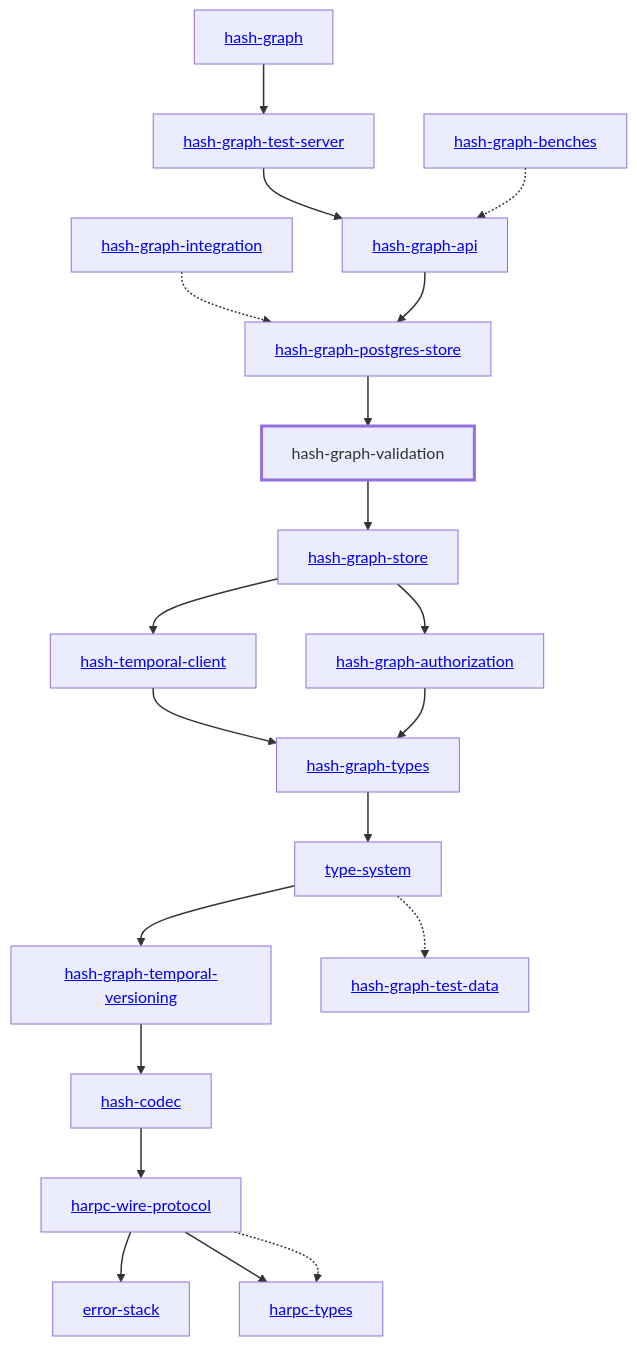
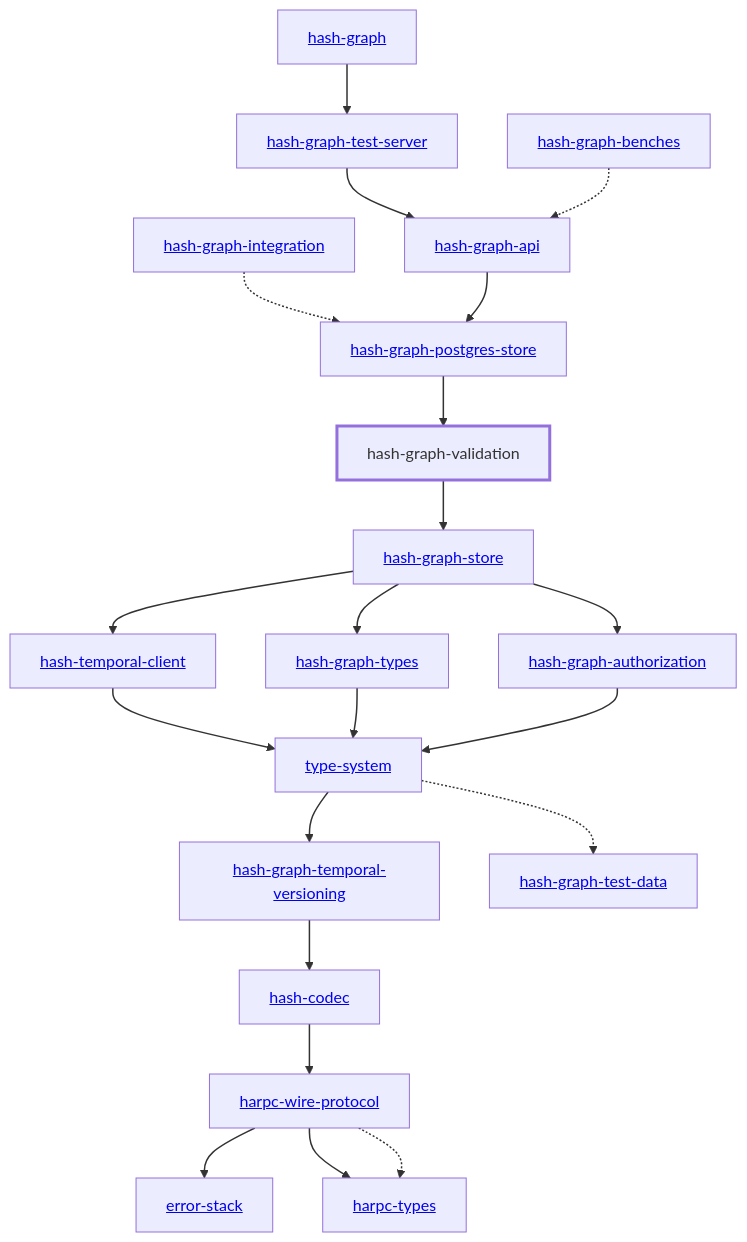
Before and after one commit to hashintel/hash: the diagram in libs/@local/graph/validation/docs/dependency-diagram.mmd, drawn with Mermaid. The commit also changed 111 other files, not shown here.

Commit message:
Avoid dependency on `hash-graph-types` and initial type branding

```diff
--- a/libs/@local/graph/validation/docs/dependency-diagram.mmd
+++ b/libs/@local/graph/validation/docs/dependency-diagram.mmd
@@ -1,48 +1,49 @@
 graph TD
     linkStyle default stroke-width:1.5px
     classDef default stroke-width:1px
     classDef root stroke-width:3px
     classDef dev stroke-width:1px
     classDef build stroke-width:1px
     %% Legend
     %% --> : Normal dependency
     %% -.-> : Dev dependency
     %% ---> : Build dependency
     0[<a href="../hash_graph/index.html">hash-graph</a>]
     1[<a href="../hash_graph_api/index.html">hash-graph-api</a>]
     2[<a href="../hash_graph_authorization/index.html">hash-graph-authorization</a>]
     3[<a href="../hash_graph_benches/index.html">hash-graph-benches</a>]
     4[<a href="../hash_graph_integration/index.html">hash-graph-integration</a>]
     5[<a href="../hash_graph_types/index.html">hash-graph-types</a>]
     6[hash-graph-validation]
     class 6 root
     7[<a href="../error_stack/index.html">error-stack</a>]
     8[<a href="../hash_graph_postgres_store/index.html">hash-graph-postgres-store</a>]
     9[<a href="../hash_graph_store/index.html">hash-graph-store</a>]
     10[<a href="../hash_graph_temporal_versioning/index.html">hash-graph-temporal-versioning</a>]
     11[<a href="../hash_graph_test_data/index.html">hash-graph-test-data</a>]
     12[<a href="../hash_graph_test_server/index.html">hash-graph-test-server</a>]
     13[<a href="../hash_temporal_client/index.html">hash-temporal-client</a>]
     14[<a href="../type_system/index.html">type-system</a>]
     15[<a href="../harpc_types/index.html">harpc-types</a>]
     16[<a href="../harpc_wire_protocol/index.html">harpc-wire-protocol</a>]
     17[<a href="../hash_codec/index.html">hash-codec</a>]
-    4 -.-> 8
-    14 -.-> 11
     14 --> 10
+    10 --> 17
+    6 --> 9
     8 --> 6
     9 --> 2
+    9 --> 5
     9 --> 13
-    10 --> 17
-    13 --> 5
+    12 --> 1
+    13 --> 14
     5 --> 14
-    6 --> 9
     16 --> 7
     16 --> 15
     16 -.-> 15
     17 --> 16
+    14 -.-> 11
     0 --> 12
-    12 --> 1
+    4 -.-> 8
     1 --> 8
-    2 --> 5
+    2 --> 14
     3 -.-> 1
```
